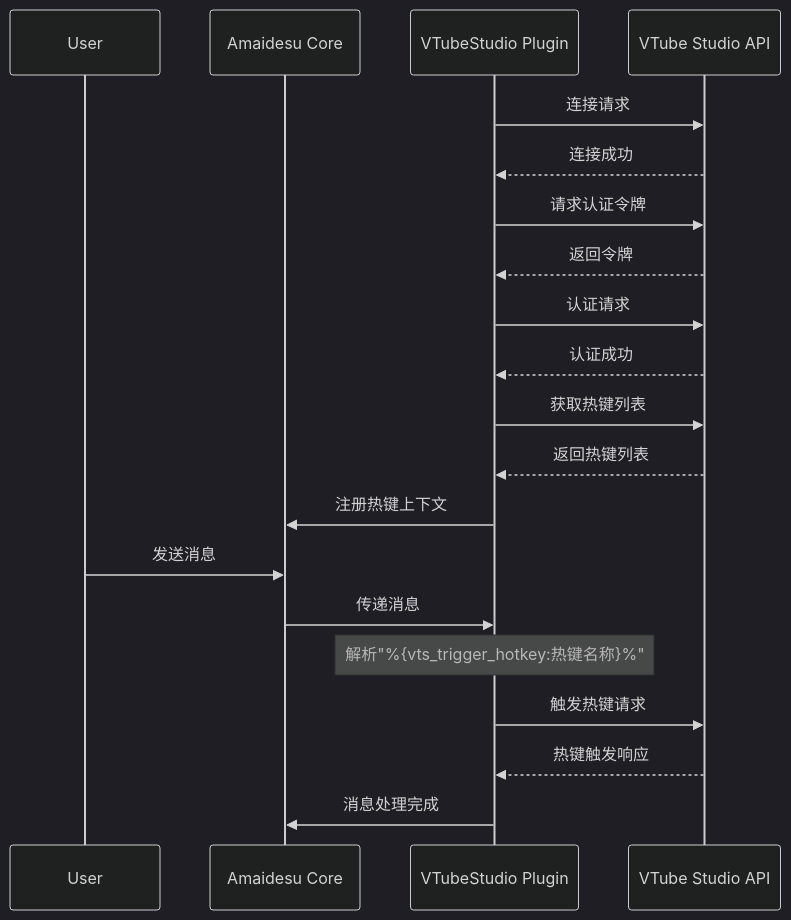
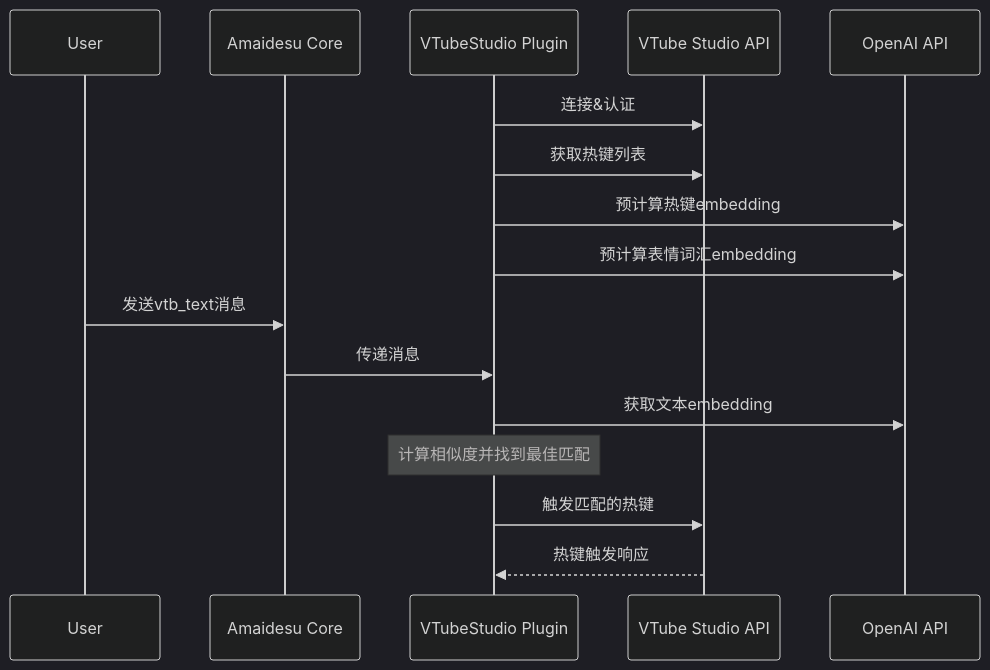
Before and after one commit to ChangingSelf/MaiBot-Vtuber: the diagram in src/plugins/vtube_studio/README.md, drawn with Mermaid (dark theme). The commit also changed other lines of this file and 4 other files, not shown here.

````diff
--- a/src/plugins/vtube_studio/README.md
+++ b/src/plugins/vtube_studio/README.md
@@ -49,24 +131,20 @@
 ```mermaid
 sequenceDiagram
     participant User
     participant Core as Amaidesu Core
     participant Plugin as VTubeStudio Plugin
     participant VTS as VTube Studio API
+    participant API as OpenAI API
 
-    Plugin->>VTS: 连接请求
-    VTS-->>Plugin: 连接成功
-    Plugin->>VTS: 请求认证令牌
-    VTS-->>Plugin: 返回令牌
-    Plugin->>VTS: 认证请求
-    VTS-->>Plugin: 认证成功
+    Plugin->>VTS: 连接&认证
     Plugin->>VTS: 获取热键列表
-    VTS-->>Plugin: 返回热键列表
-    Plugin->>Core: 注册热键上下文
-
-    User->>Core: 发送消息
+    Plugin->>API: 预计算热键embedding
+    Plugin->>API: 预计算表情词汇embedding
+    
+    User->>Core: 发送vtb_text消息
     Core->>Plugin: 传递消息
-    Note over Plugin: 解析"%{vts_trigger_hotkey:热键名称}%"
-    Plugin->>VTS: 触发热键请求
+    Plugin->>API: 获取文本embedding
+    Note over Plugin: 计算相似度并找到最佳匹配
+    Plugin->>VTS: 触发匹配的热键
     VTS-->>Plugin: 热键触发响应
-    Plugin->>Core: 消息处理完成
 ```
````
